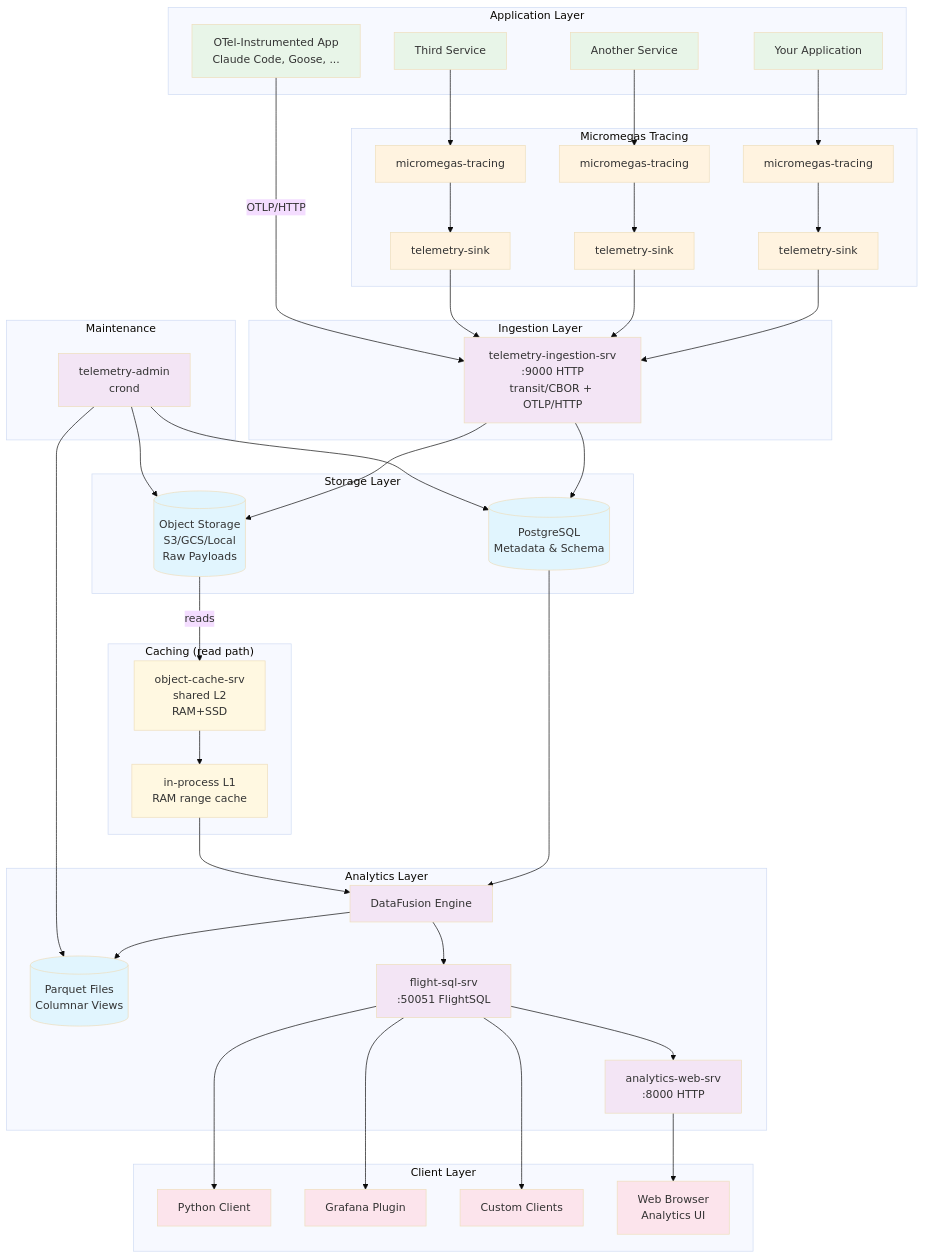
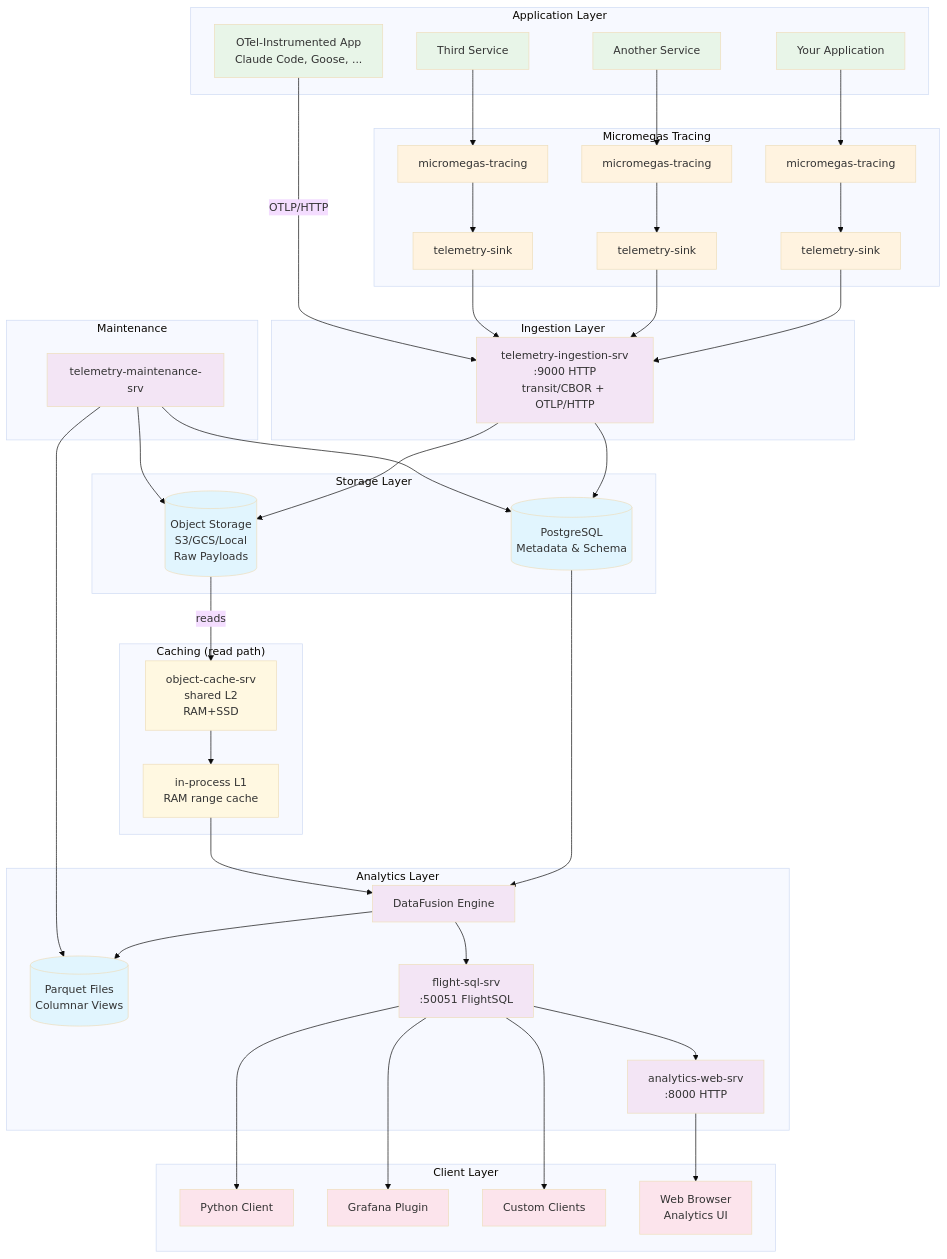
One commit to madesroches/micromegas changed the first of 3 diagrams in mkdocs/docs/architecture/index.md. Above: the diagram before and after it, drawn with Mermaid (base theme). The commit also changed other lines of this file and 30 other files, not shown here.

First line of the commit message:
Retire telemetry-admin subcommands; rename binary to telemetry-maintenance-srv (#1268)

```diff
--- a/mkdocs/docs/architecture/index.md
+++ b/mkdocs/docs/architecture/index.md
@@ -37,7 +37,7 @@
     end
     
     subgraph "Maintenance"
-        Admin[telemetry-admin<br/>crond]
+        Admin[telemetry-maintenance-srv]
     end
     
     subgraph "Analytics Layer"
```
